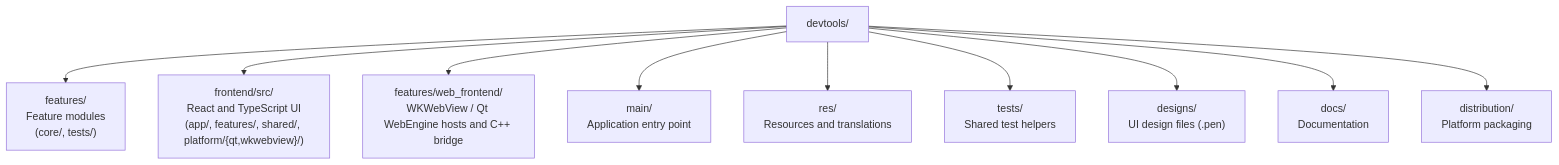
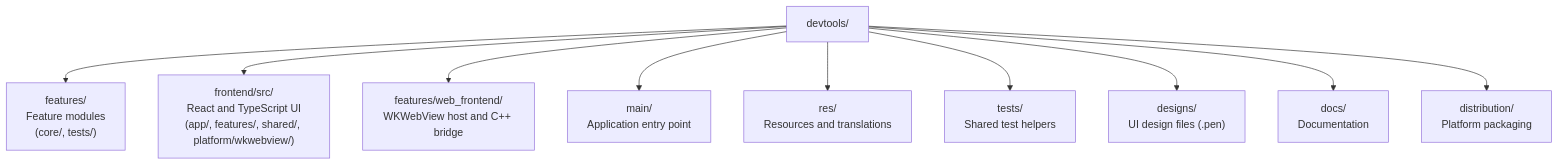
The first of 2 diagrams in CONTRIBUTING.md (LotusAndCompany/devtools), drawn with Mermaid before and after one commit. The commit also changed other lines of this file and 39 other files, not shown here.

Commit message:
refactor(mac): remove Qt WebEngine host

````diff
--- a/CONTRIBUTING.md
+++ b/CONTRIBUTING.md
@@ -32,13 +32,13 @@
 ```mermaid
 flowchart TD
     root["devtools/"]
     root --> features["features/<br/>Feature modules<br/>(core/, tests/)"]
-    root --> frontend["frontend/src/<br/>React and TypeScript UI<br/>(app/, features/, shared/, platform/{qt,wkwebview}/)"]
-    root --> webbridge["features/web_frontend/<br/>WKWebView / Qt WebEngine hosts and C++ bridge"]
+    root --> frontend["frontend/src/<br/>React and TypeScript UI<br/>(app/, features/, shared/, platform/wkwebview/)"]
+    root --> webbridge["features/web_frontend/<br/>WKWebView host and C++ bridge"]
     root --> main["main/<br/>Application entry point"]
     root --> resources["res/<br/>Resources and translations"]
     root --> tests["tests/<br/>Shared test helpers"]
     root --> designs["designs/<br/>UI design files (.pen)"]
     root --> docs["docs/<br/>Documentation"]
     root --> distribution["distribution/<br/>Platform packaging"]
 ```
````
